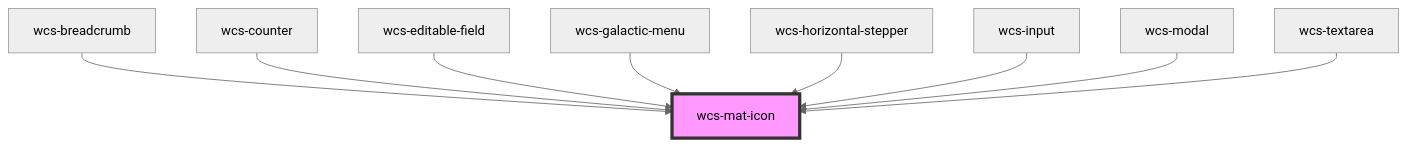
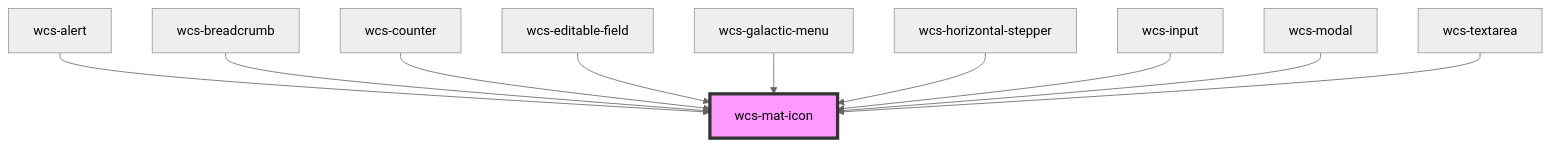
The diagram in src/components/mat-icon/readme.md (SNCFdevelopers/wcs), drawn with Mermaid (neutral theme) before and after one commit. The commit also changed other lines of this file and 40 other files, not shown here.

````diff
--- a/src/components/mat-icon/readme.md
+++ b/src/components/mat-icon/readme.md
@@ -53,12 +54,13 @@
 ```mermaid
 graph TD;
+  wcs-alert --> wcs-mat-icon
   wcs-breadcrumb --> wcs-mat-icon
   wcs-counter --> wcs-mat-icon
   wcs-editable-field --> wcs-mat-icon
   wcs-galactic-menu --> wcs-mat-icon
   wcs-horizontal-stepper --> wcs-mat-icon
   wcs-input --> wcs-mat-icon
   wcs-modal --> wcs-mat-icon
   wcs-textarea --> wcs-mat-icon
   style wcs-mat-icon fill:#f9f,stroke:#333,stroke-width:4px
 ```
````
